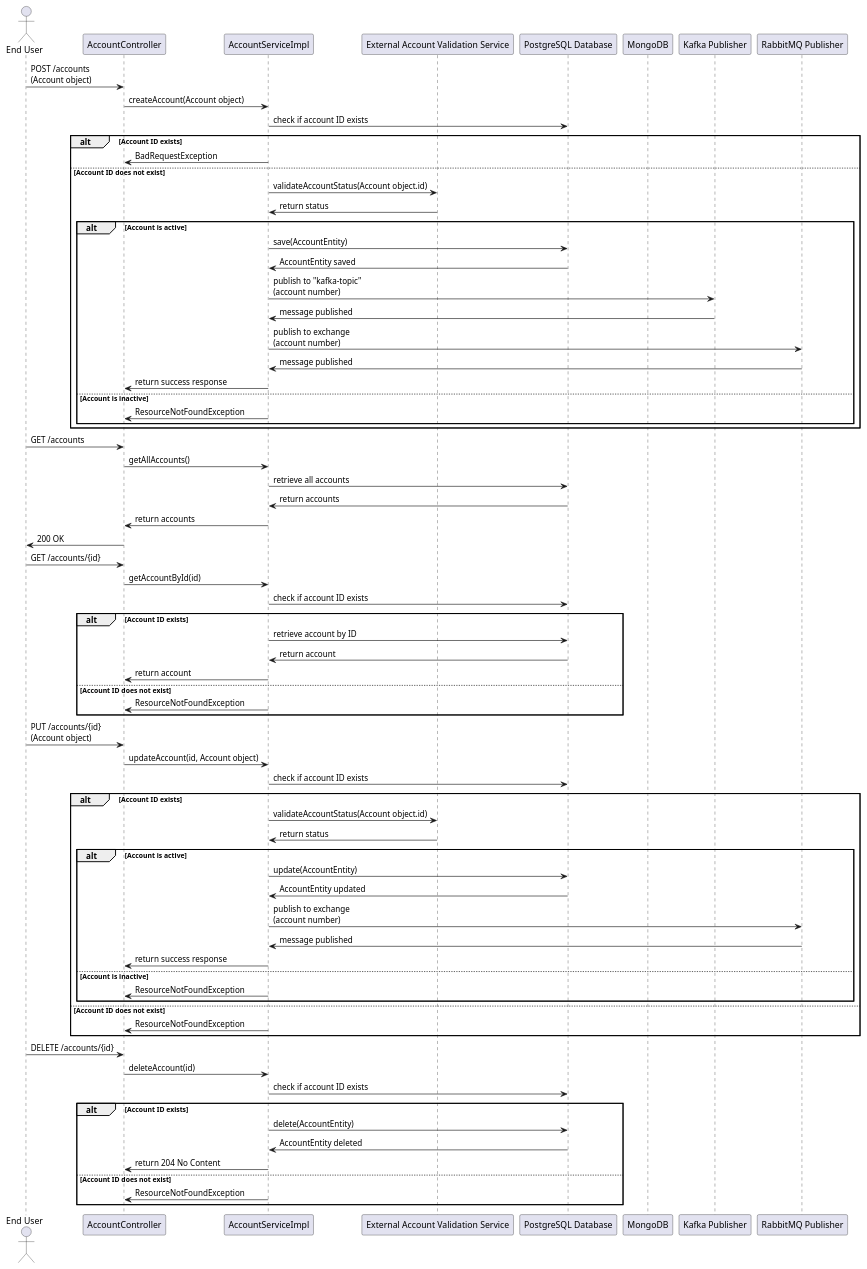
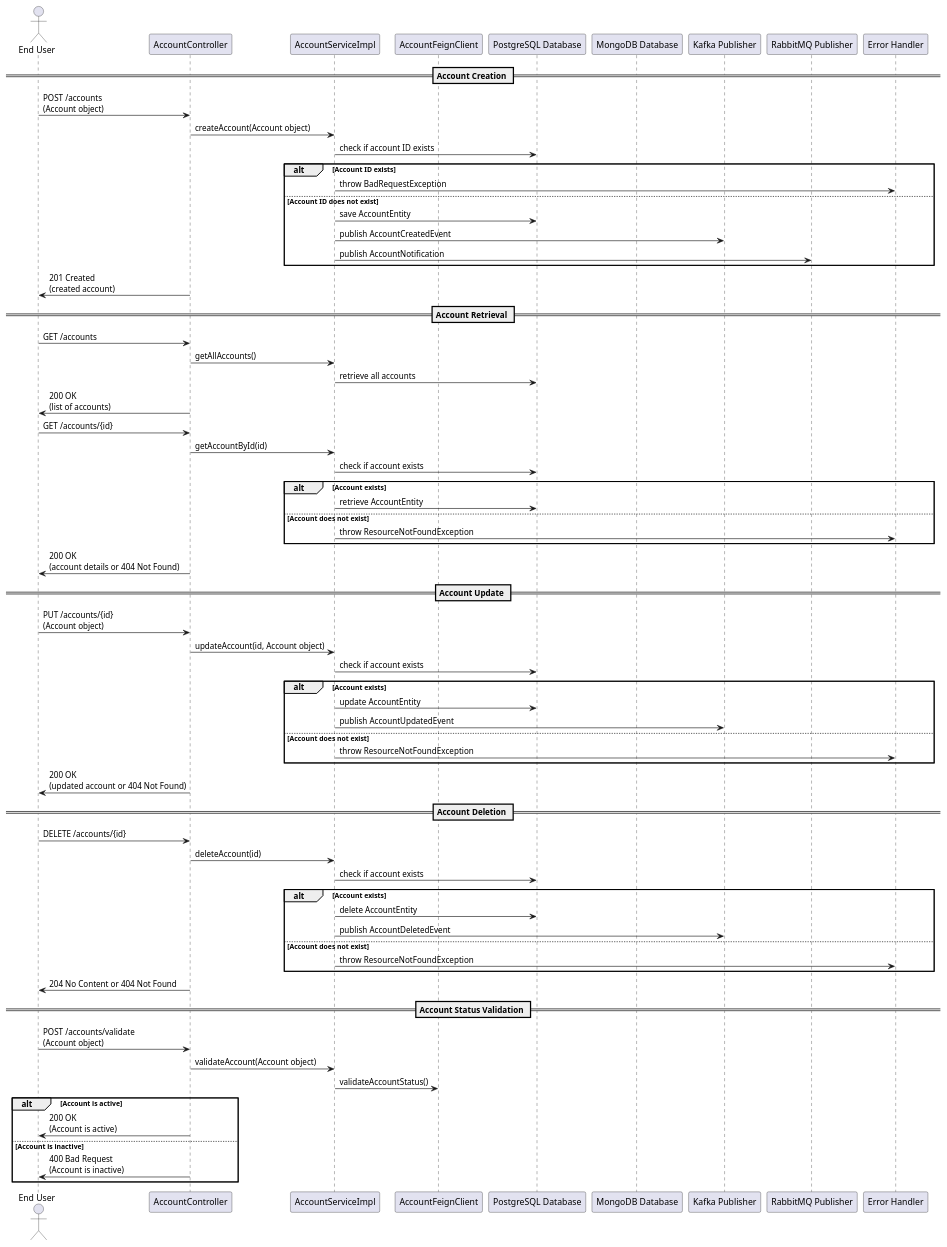
One commit to Bhaskar-Pavan/AccountService changed the diagram in GeneratedDesignDocument/AccountService_25.md. Above: the diagram before and after it, drawn with PlantUML. The commit also changed other lines of this file, not shown here.

````diff
--- a/GeneratedDesignDocument/AccountService_25.md
+++ b/GeneratedDesignDocument/AccountService_25.md
@@ -46,82 +45,77 @@
 ```plantuml
 @startuml
 actor "End User" as User
 participant "AccountController" as Controller
 participant "AccountServiceImpl" as Service
-participant "External Account Validation Service" as ValidationService
+participant "AccountFeignClient" as FeignClient
 participant "PostgreSQL Database" as PostgreSQL
-participant "MongoDB" as MongoDB
+participant "MongoDB Database" as MongoDB
 participant "Kafka Publisher" as Kafka
 participant "RabbitMQ Publisher" as RabbitMQ
+participant "Error Handler" as ErrorHandler
 
-User -> Controller : POST /accounts\n(Account object)
-Controller -> Service : createAccount(Account object)
-Service -> PostgreSQL : check if account ID exists
+== Account Creation ==
+User -> Controller: POST /accounts\n(Account object)
+Controller -> Service: createAccount(Account object)
+Service -> PostgreSQL: check if account ID exists
 alt Account ID exists
-    Service -> Controller : BadRequestException
+    Service -> ErrorHandler: throw BadRequestException
 else Account ID does not exist
-    Service -> ValidationService : validateAccountStatus(Account object.id)
-    ValidationService -> Service : return status
-    alt Account is active
-        Service -> PostgreSQL : save(AccountEntity)
-        PostgreSQL -> Service : AccountEntity saved
-        Service -> Kafka : publish to "kafka-topic"\n(account number)
-        Kafka -> Service : message published
-        Service -> RabbitMQ : publish to exchange\n(account number)
-        RabbitMQ -> Service : message published
-        Service -> Controller : return success response
-    else Account is inactive
-        Service -> Controller : ResourceNotFoundException
-    end
+    Service -> PostgreSQL: save AccountEntity
+    Service -> Kafka: publish AccountCreatedEvent
+    Service -> RabbitMQ: publish AccountNotification
 end
+Controller -> User: 201 Created\n(created account)
 
-User -> Controller : GET /accounts
-Controller -> Service : getAllAccounts()
-Service -> PostgreSQL : retrieve all accounts
-PostgreSQL -> Service : return accounts
-Service -> Controller : return accounts
-Controller -> User : 200 OK
+== Account Retrieval ==
+User -> Controller: GET /accounts
+Controller -> Service: getAllAccounts()
+Service -> PostgreSQL: retrieve all accounts
+Controller -> User: 200 OK\n(list of accounts)
 
-User -> Controller : GET /accounts/{id}
-Controller -> Service : getAccountById(id)
-Service -> PostgreSQL : check if account ID exists
-alt Account ID exists
-    Service -> PostgreSQL : retrieve account by ID
-    PostgreSQL -> Service : return account
-    Service -> Controller : return account
-else Account ID does not exist
-    Service -> Controller : ResourceNotFoundException
+User -> Controller: GET /accounts/{id}
+Controller -> Service: getAccountById(id)
+Service -> PostgreSQL: check if account exists
+alt Account exists
+    Service -> PostgreSQL: retrieve AccountEntity
+else Account does not exist
+    Service -> ErrorHandler: throw ResourceNotFoundException
 end
+Controller -> User: 200 OK\n(account details or 404 Not Found)
 
-User -> Controller : PUT /accounts/{id}\n(Account object)
-Controller -> Service : updateAccount(id, Account object)
-Service -> PostgreSQL : check if account ID exists
-alt Account ID exists
-    Service -> ValidationService : validateAccountStatus(Account object.id)
-    ValidationService -> Service : return status
-    alt Account is active
-        Service -> PostgreSQL : update(AccountEntity)
-        PostgreSQL -> Service : AccountEntity updated
-        Service -> RabbitMQ : publish to exchange\n(account number)
-        RabbitMQ -> Service : message published
-        Service -> Controller : return success response
-    else Account is inactive
-        Service -> Controller : ResourceNotFoundException
-    end
-else Account ID does not exist
-    Service -> Controller : ResourceNotFoundException
+== Account Update ==
+User -> Controller: PUT /accounts/{id}\n(Account object)
+Controller -> Service: updateAccount(id, Account object)
+Service -> PostgreSQL: check if account exists
+alt Account exists
+    Service -> PostgreSQL: update AccountEntity
+    Service -> Kafka: publish AccountUpdatedEvent
+else Account does not exist
+    Service -> ErrorHandler: throw ResourceNotFoundException
 end
+Controller -> User: 200 OK\n(updated account or 404 Not Found)
 
-User -> Controller : DELETE /accounts/{id}
-Controller -> Service : deleteAccount(id)
-Service -> PostgreSQL : check if account ID exists
-alt Account ID exists
-    Service -> PostgreSQL : delete(AccountEntity)
-    PostgreSQL -> Service : AccountEntity deleted
-    Service -> Controller : return 204 No Content
-else Account ID does not exist
-    Service -> Controller : ResourceNotFoundException
+== Account Deletion ==
+User -> Controller: DELETE /accounts/{id}
+Controller -> Service: deleteAccount(id)
+Service -> PostgreSQL: check if account exists
+alt Account exists
+    Service -> PostgreSQL: delete AccountEntity
+    Service -> Kafka: publish AccountDeletedEvent
+else Account does not exist
+    Service -> ErrorHandler: throw ResourceNotFoundException
+end
+Controller -> User: 204 No Content or 404 Not Found
+
+== Account Status Validation ==
+User -> Controller: POST /accounts/validate\n(Account object)
+Controller -> Service: validateAccount(Account object)
+Service -> FeignClient: validateAccountStatus()
+alt Account is active
+    Controller -> User: 200 OK\n(Account is active)
+else Account is inactive
+    Controller -> User: 400 Bad Request\n(Account is inactive)
 end
 
 @enduml
 ```
````
